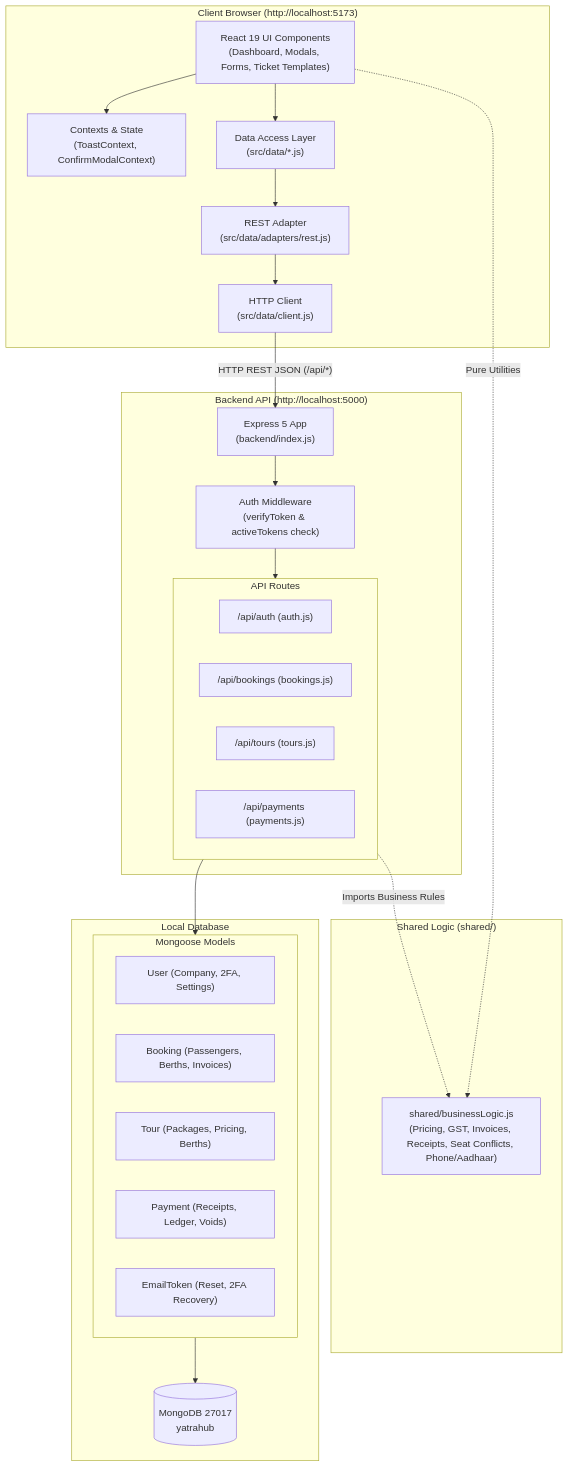
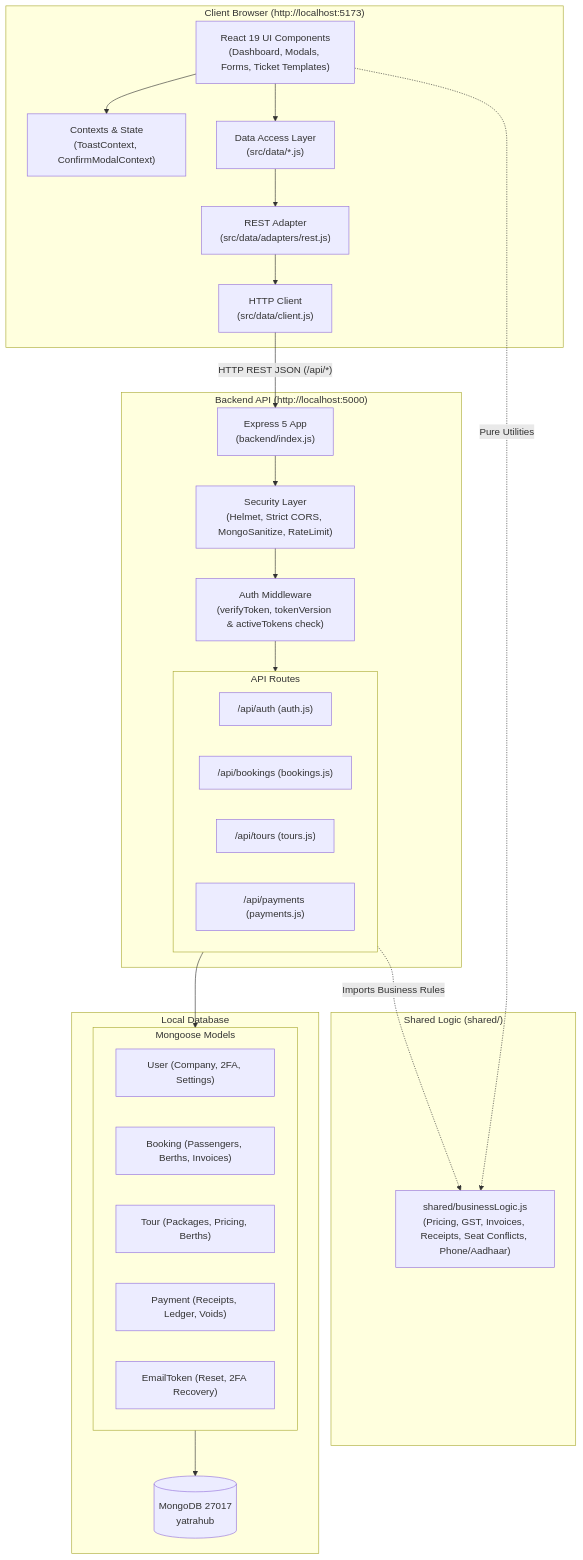
One commit to unbekannt01/Travel-Booking-System changed the diagram in docs/ARCHITECTURE.md. Above: the diagram before and after it, drawn with Mermaid. The commit also changed other lines of this file and 2 other files, not shown here.

Commit message:
docs: document security hardening architecture and deployment procedures

````diff
--- a/docs/ARCHITECTURE.md
+++ b/docs/ARCHITECTURE.md
@@ -16,51 +16,53 @@
 ```mermaid
 graph TD
     subgraph Client ["Client Browser (http://localhost:5173)"]
         UI["React 19 UI Components<br/>(Dashboard, Modals, Forms, Ticket Templates)"]
         State["Contexts & State<br/>(ToastContext, ConfirmModalContext)"]
         DataLayer["Data Access Layer<br/>(src/data/*.js)"]
         RestAdapter["REST Adapter<br/>(src/data/adapters/rest.js)"]
         HTTPClient["HTTP Client<br/>(src/data/client.js)"]
         
         UI --> State
         UI --> DataLayer
         DataLayer --> RestAdapter
         RestAdapter --> HTTPClient
     end
 
     subgraph Shared ["Shared Logic (shared/)"]
         BizLogic["shared/businessLogic.js<br/>(Pricing, GST, Invoices, Receipts, Seat Conflicts, Phone/Aadhaar)"]
     end
 
     subgraph Backend ["Backend API (http://localhost:5000)"]
         ExpressApp["Express 5 App<br/>(backend/index.js)"]
-        AuthMiddleware["Auth Middleware<br/>(verifyToken & activeTokens check)"]
+        SecurityLayer["Security Layer<br/>(Helmet, Strict CORS, MongoSanitize, RateLimit)"]
+        AuthMiddleware["Auth Middleware<br/>(verifyToken, tokenVersion & activeTokens check)"]
         
         subgraph Routes ["API Routes"]
             AuthRoute["/api/auth (auth.js)"]
             BookingRoute["/api/bookings (bookings.js)"]
             TourRoute["/api/tours (tours.js)"]
             PaymentRoute["/api/payments (payments.js)"]
         end
         
-        ExpressApp --> AuthMiddleware
+        ExpressApp --> SecurityLayer
+        SecurityLayer --> AuthMiddleware
         AuthMiddleware --> Routes
     end
 
     subgraph Database ["Local Database"]
         MongoDB[("MongoDB 27017<br/>yatrahub")]
         subgraph Models ["Mongoose Models"]
             UserModel["User (Company, 2FA, Settings)"]
             BookingModel["Booking (Passengers, Berths, Invoices)"]
             TourModel["Tour (Packages, Pricing, Berths)"]
             PaymentModel["Payment (Receipts, Ledger, Voids)"]
             EmailTokenModel["EmailToken (Reset, 2FA Recovery)"]
         end
     end
 
     HTTPClient -->|"HTTP REST JSON (/api/*)"| ExpressApp
     UI -.->|"Pure Utilities"| BizLogic
     Routes -.->|"Imports Business Rules"| BizLogic
     Routes --> Models
     Models --> MongoDB
 ```
````
